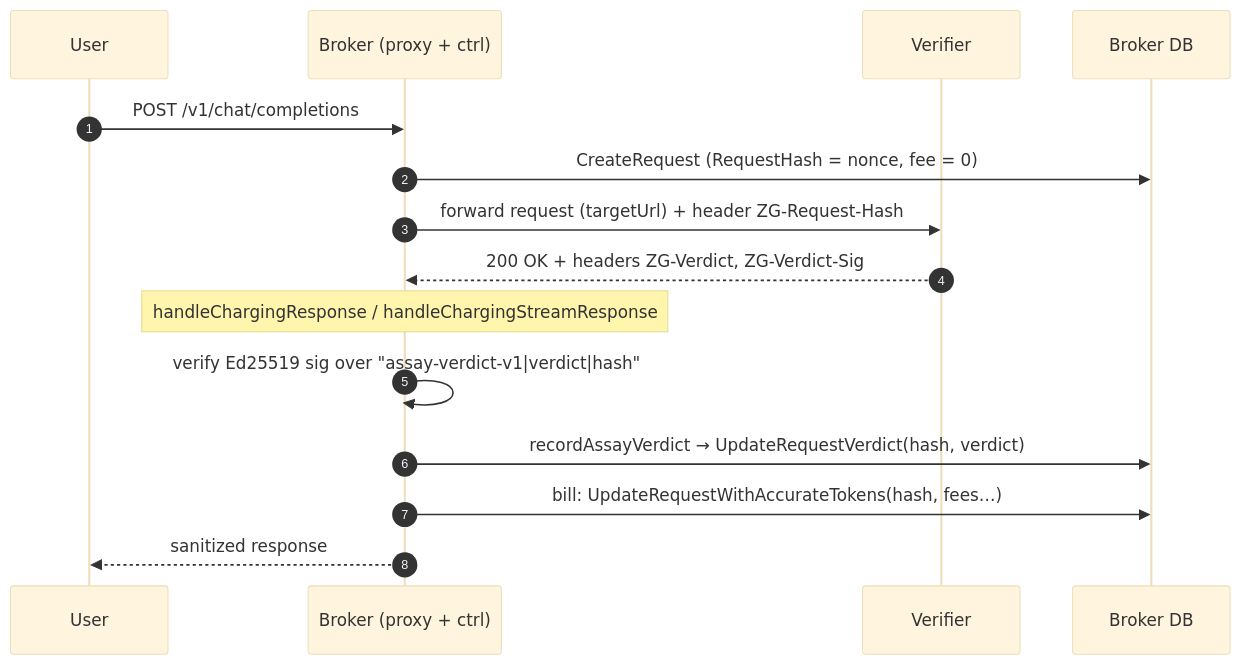
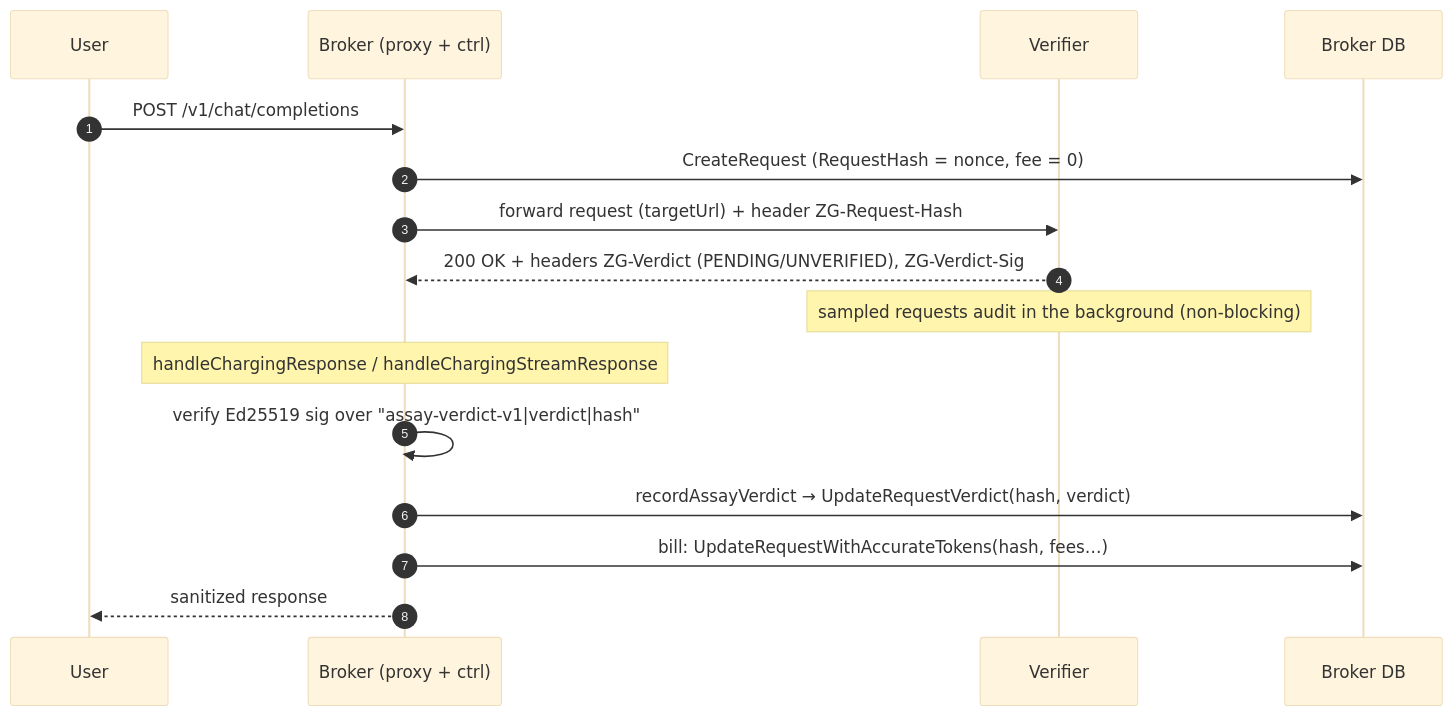
Before and after one commit to 0gfoundation/0g-serving-broker: the second of 4 diagrams in docs/design/assay-verification-settlement.md, drawn with Mermaid (base theme). The commit also changed other lines of this file and 9 other files, not shown here.

````diff
--- a/docs/design/assay-verification-settlement.md
+++ b/docs/design/assay-verification-settlement.md
@@ -91,18 +91,19 @@
 ```mermaid
 sequenceDiagram
     autonumber
     participant U as User
     participant B as Broker (proxy + ctrl)
     participant V as Verifier
     participant DB as Broker DB
 
     U->>B: POST /v1/chat/completions
     B->>DB: CreateRequest (RequestHash = nonce, fee = 0)
     B->>V: forward request (targetUrl) + header ZG-Request-Hash
-    V-->>B: 200 OK + headers ZG-Verdict, ZG-Verdict-Sig
+    V-->>B: 200 OK + headers ZG-Verdict (PENDING/UNVERIFIED), ZG-Verdict-Sig
+    Note over V: sampled requests audit in the background (non-blocking)
     Note over B: handleChargingResponse / handleChargingStreamResponse
     B->>B: verify Ed25519 sig over "assay-verdict-v1|verdict|hash"
     B->>DB: recordAssayVerdict → UpdateRequestVerdict(hash, verdict)
     B->>DB: bill: UpdateRequestWithAccurateTokens(hash, fees…)
     B-->>U: sanitized response
 ```
````
